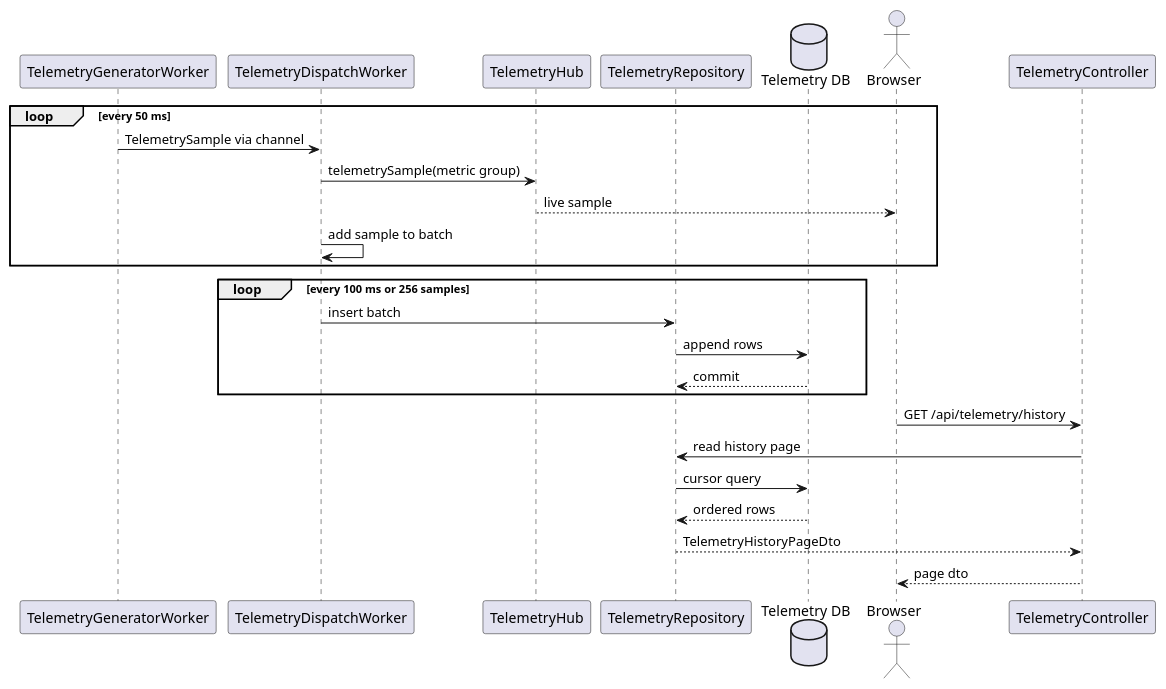
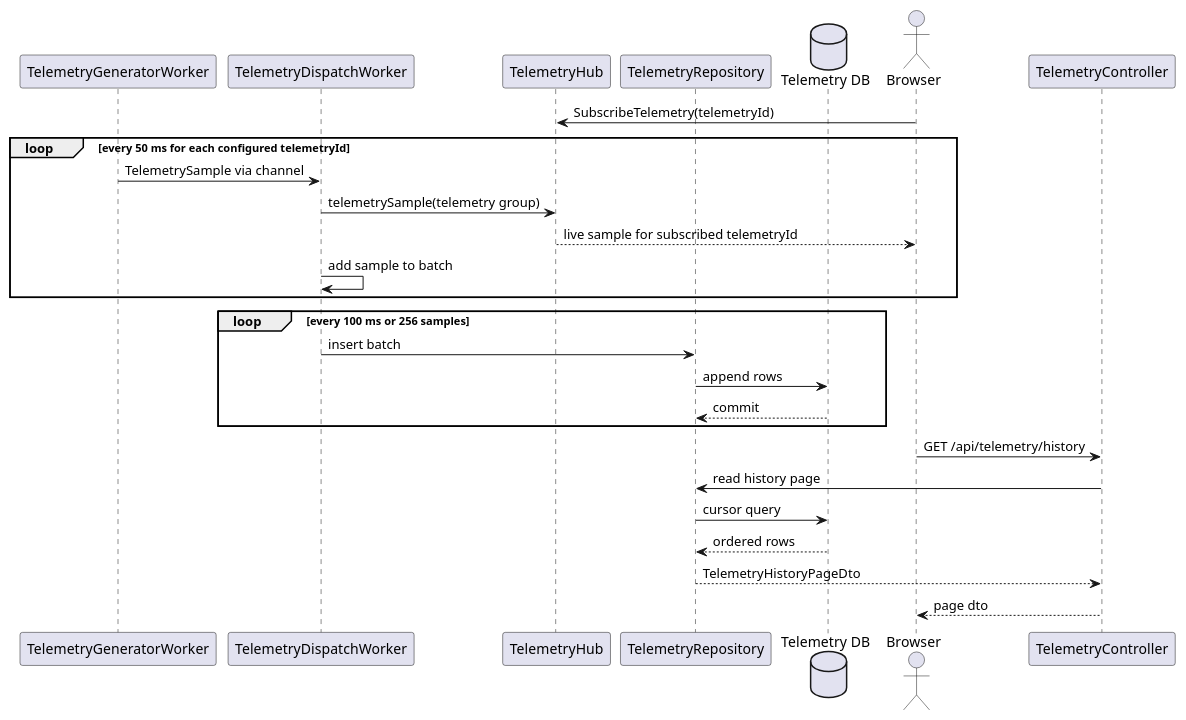
Before and after one commit to QuinntyneBrown/open-mct-real-time-and-historical-telemetry-visualization: the diagram in docs/diagrams/backend-telemetry-platform-sequence.puml, drawn with PlantUML. The commit also changed 9 other files, not shown here.

```diff
--- a/docs/diagrams/backend-telemetry-platform-sequence.puml
+++ b/docs/diagrams/backend-telemetry-platform-sequence.puml
@@ -1,29 +1,31 @@
 @startuml
 participant TelemetryGeneratorWorker
 participant TelemetryDispatchWorker
 participant TelemetryHub
 participant TelemetryRepository
 database "Telemetry DB" as Db
 actor Browser
 participant TelemetryController
 
-loop every 50 ms
+Browser -> TelemetryHub : SubscribeTelemetry(telemetryId)
+
+loop every 50 ms for each configured telemetryId
   TelemetryGeneratorWorker -> TelemetryDispatchWorker : TelemetrySample via channel
-  TelemetryDispatchWorker -> TelemetryHub : telemetrySample(metric group)
-  TelemetryHub --> Browser : live sample
+  TelemetryDispatchWorker -> TelemetryHub : telemetrySample(telemetry group)
+  TelemetryHub --> Browser : live sample for subscribed telemetryId
   TelemetryDispatchWorker -> TelemetryDispatchWorker : add sample to batch
 end
 
 loop every 100 ms or 256 samples
   TelemetryDispatchWorker -> TelemetryRepository : insert batch
   TelemetryRepository -> Db : append rows
   Db --> TelemetryRepository : commit
 end
 
 Browser -> TelemetryController : GET /api/telemetry/history
 TelemetryController -> TelemetryRepository : read history page
 TelemetryRepository -> Db : cursor query
 Db --> TelemetryRepository : ordered rows
 TelemetryRepository --> TelemetryController : TelemetryHistoryPageDto
 TelemetryController --> Browser : page dto
 @enduml
```
